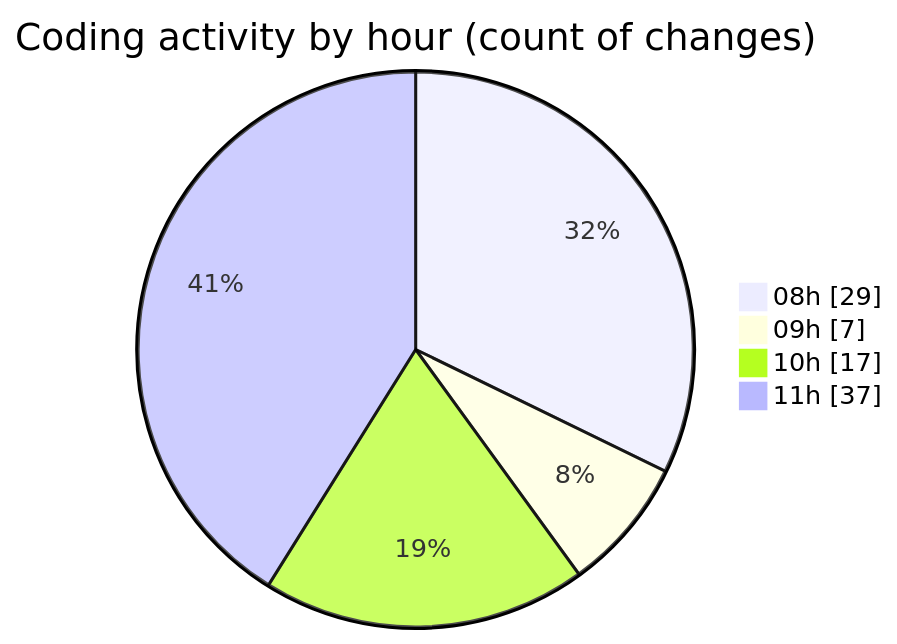
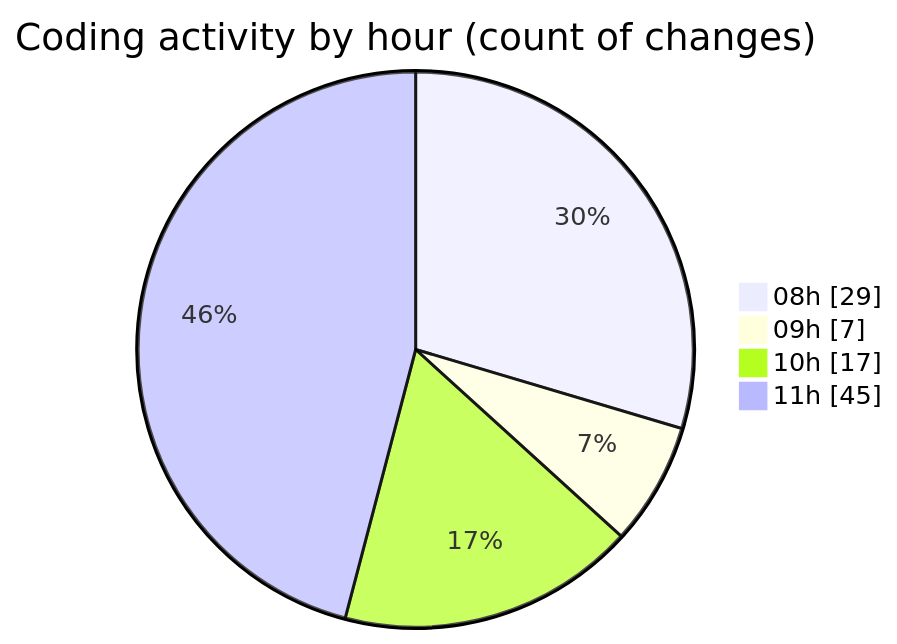
One commit to momahboobian/code-tracking changed the second of 2 diagrams in 2025-04-09/cda/README.md. Above: the diagram before and after it, drawn with Mermaid. The commit also changed other lines of this file and 1 other file, not shown here.

````diff
--- a/2025-04-09/cda/README.md
+++ b/2025-04-09/cda/README.md
@@ -50,8 +54,8 @@
 ```mermaid
 pie showData
 title Coding activity by hour (count of changes)
 "08h" : 29
 "09h" : 7
 "10h" : 17
-"11h" : 37
+"11h" : 45
 ```
````
